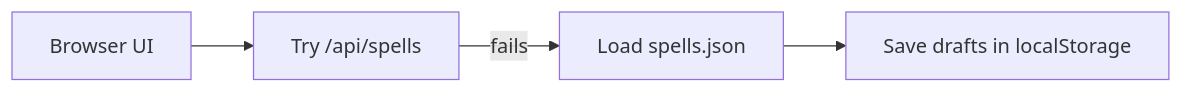
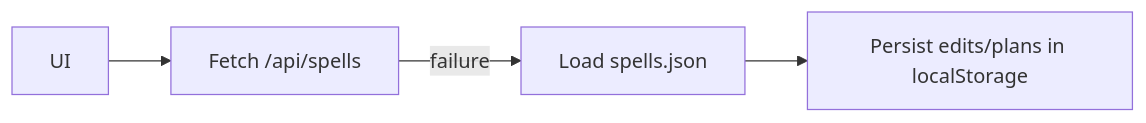
One commit to ABZerra/Spellbook changed the fourth of 4 diagrams in docs/engineering/DIAGRAMS.md. Above: the diagram before and after it, drawn with Mermaid. The commit also changed other lines of this file and 11 other files, not shown here.

````diff
--- a/docs/engineering/DIAGRAMS.md
+++ b/docs/engineering/DIAGRAMS.md
@@ -51,6 +57,6 @@
 ```mermaid
 flowchart LR
-  UI["Browser UI"] --> TRYAPI["Try /api/spells"]
-  TRYAPI -->|"fails"| STATIC["Load spells.json"]
-  STATIC --> LOCAL["Save drafts in localStorage"]
+  UI["UI"] --> TRY["Fetch /api/spells"]
+  TRY -->|"failure"| STATIC["Load spells.json"]
+  STATIC --> DRAFT["Persist edits/plans in localStorage"]
 ```
````
